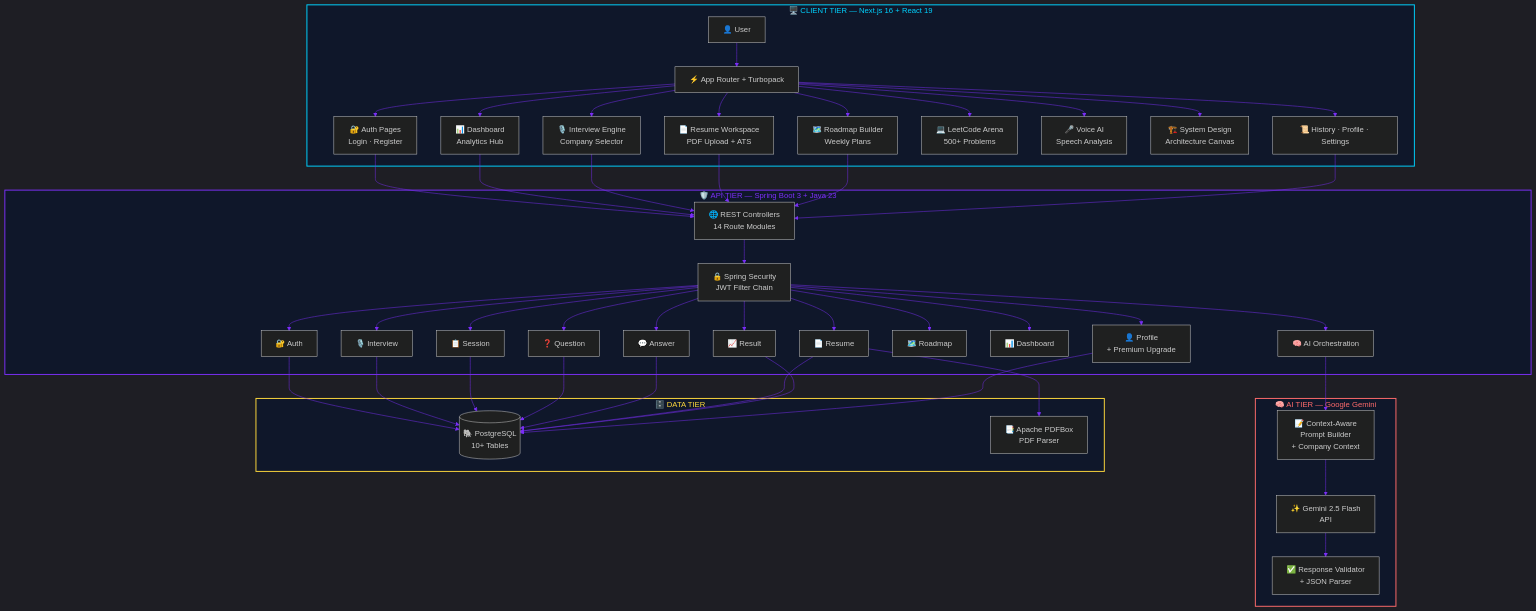
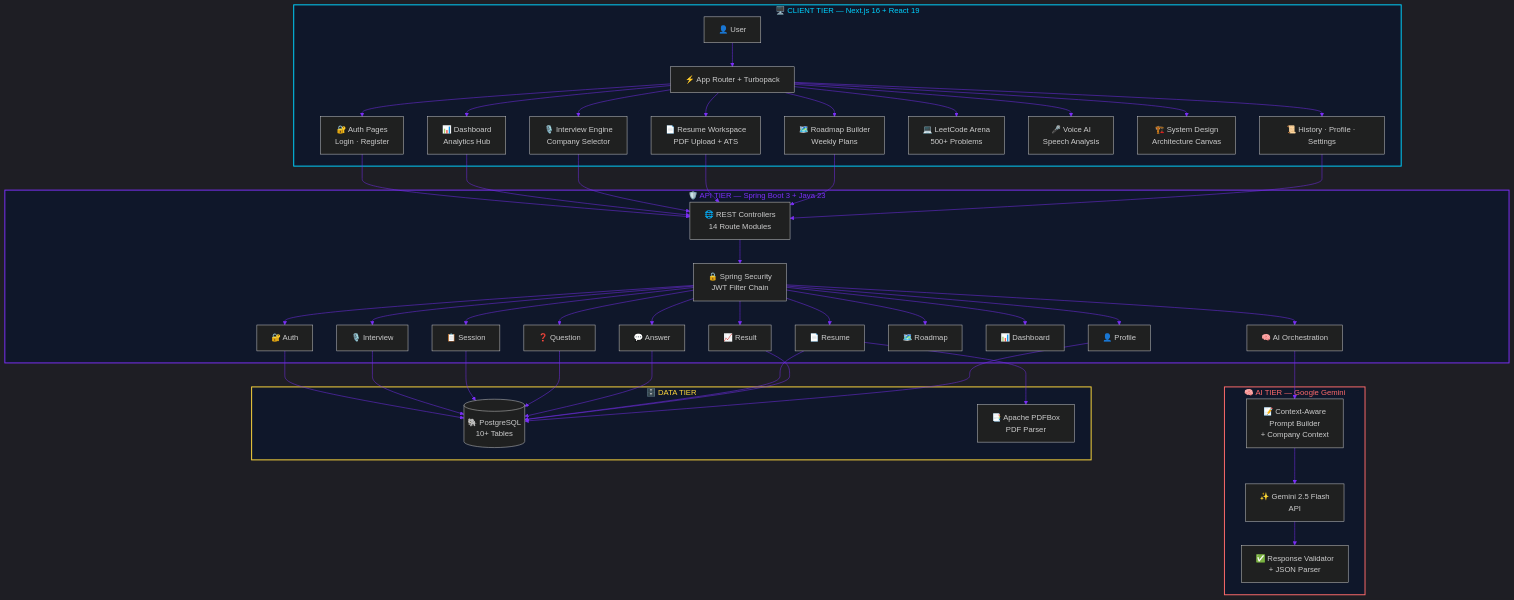
One commit to Jawahar08/interviewforge-ai changed the fourth of 15 diagrams in README.md. Above: the diagram before and after it, drawn with Mermaid. The commit also changed other lines of this file and 7 other files, not shown here.

````diff
--- a/README.md
+++ b/README.md
@@ -525,65 +524,65 @@
 ```mermaid
 %%{init: {'theme': 'dark', 'themeVariables': { 'primaryColor': '#1e293b', 'primaryTextColor': '#e2e8f0', 'primaryBorderColor': '#00d2ff', 'lineColor': '#7b2ff7', 'secondaryColor': '#0f172a', 'fontFamily': 'JetBrains Mono, monospace'}}}%%
 
 flowchart TD
     subgraph CLIENT["🖥️ CLIENT TIER — Next.js 16 + React 19"]
         U["👤 User"] --> FE["⚡ App Router + Turbopack"]
         FE --> AUTH_UI["🔐 Auth Pages\nLogin · Register"]
         FE --> DASH_UI["📊 Dashboard\nAnalytics Hub"]
         FE --> INT_UI["🎙️ Interview Engine\nCompany Selector"]
         FE --> RES_UI["📄 Resume Workspace\nPDF Upload + ATS"]
         FE --> ROAD_UI["🗺️ Roadmap Builder\nWeekly Plans"]
         FE --> CODE_UI["💻 LeetCode Arena\n500+ Problems"]
         FE --> VOICE_UI["🎤 Voice AI\nSpeech Analysis"]
         FE --> DESIGN_UI["🏗️ System Design\nArchitecture Canvas"]
         FE --> HIST_UI["📜 History · Profile · Settings"]
     end
 
     subgraph API["🛡️ API TIER — Spring Boot 3 + Java 23"]
         GW["🌐 REST Controllers\n14 Route Modules"] --> SEC["🔒 Spring Security\nJWT Filter Chain"]
         SEC --> AUTH_SVC["🔐 Auth"]
         SEC --> INT_SVC["🎙️ Interview"]
         SEC --> SESSION_SVC["📋 Session"]
         SEC --> Q_SVC["❓ Question"]
         SEC --> ANS_SVC["💬 Answer"]
         SEC --> AI_SVC["🧠 AI Orchestration"]
         SEC --> RES_SVC["📄 Resume"]
         SEC --> ROAD_SVC["🗺️ Roadmap"]
         SEC --> DASH_SVC["📊 Dashboard"]
-        SEC --> PROF_SVC["👤 Profile\n+ Premium Upgrade"]
+        SEC --> PROF_SVC["👤 Profile"]
         SEC --> RESULT_SVC["📈 Result"]
     end
 
     subgraph AI_TIER["🧠 AI TIER — Google Gemini"]
         AI_SVC --> PROMPT["📝 Context-Aware\nPrompt Builder\n+ Company Context"]
         PROMPT --> GEMINI["✨ Gemini 2.5 Flash\nAPI"]
         GEMINI --> PARSE["✅ Response Validator\n+ JSON Parser"]
     end
 
     subgraph DATA["🗄️ DATA TIER"]
         DB[("🐘 PostgreSQL\n10+ Tables")]
         PDF["📑 Apache PDFBox\nPDF Parser"]
     end
 
     AUTH_UI --> GW
     DASH_UI --> GW
     INT_UI --> GW
     RES_UI --> GW
     ROAD_UI --> GW
     HIST_UI --> GW
 
     AUTH_SVC --> DB
     INT_SVC --> DB
     SESSION_SVC --> DB
     Q_SVC --> DB
     ANS_SVC --> DB
     RES_SVC --> DB
     RES_SVC --> PDF
     RESULT_SVC --> DB
     PROF_SVC --> DB
 
     style CLIENT fill:#0f172a,stroke:#00d2ff,stroke-width:2px,color:#00d2ff
     style API fill:#0f172a,stroke:#7b2ff7,stroke-width:2px,color:#7b2ff7
     style AI_TIER fill:#0f172a,stroke:#ff6b6b,stroke-width:2px,color:#ff6b6b
     style DATA fill:#0f172a,stroke:#ffd93d,stroke-width:2px,color:#ffd93d
 ```
````
